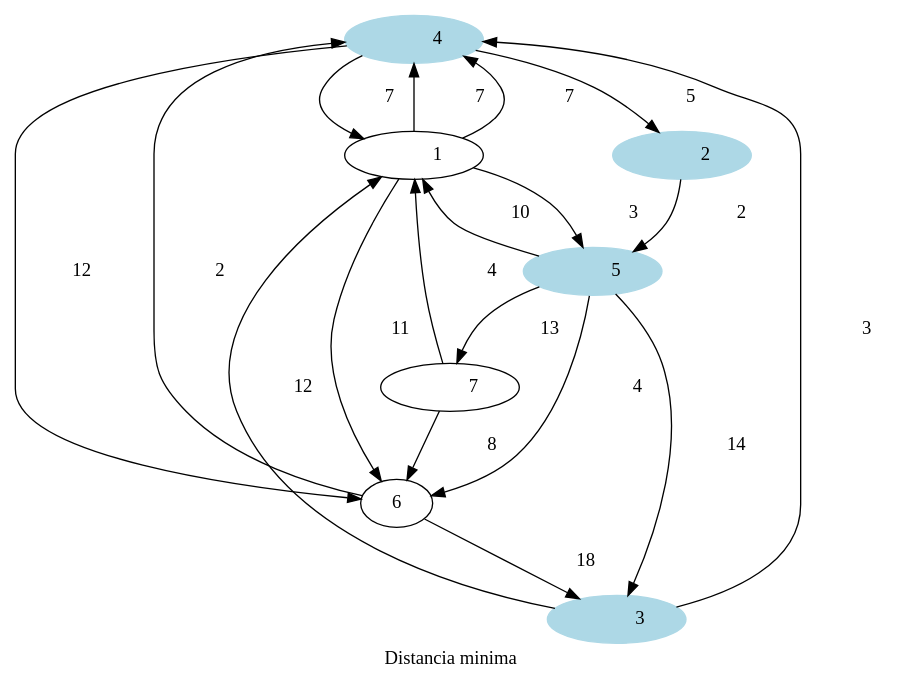
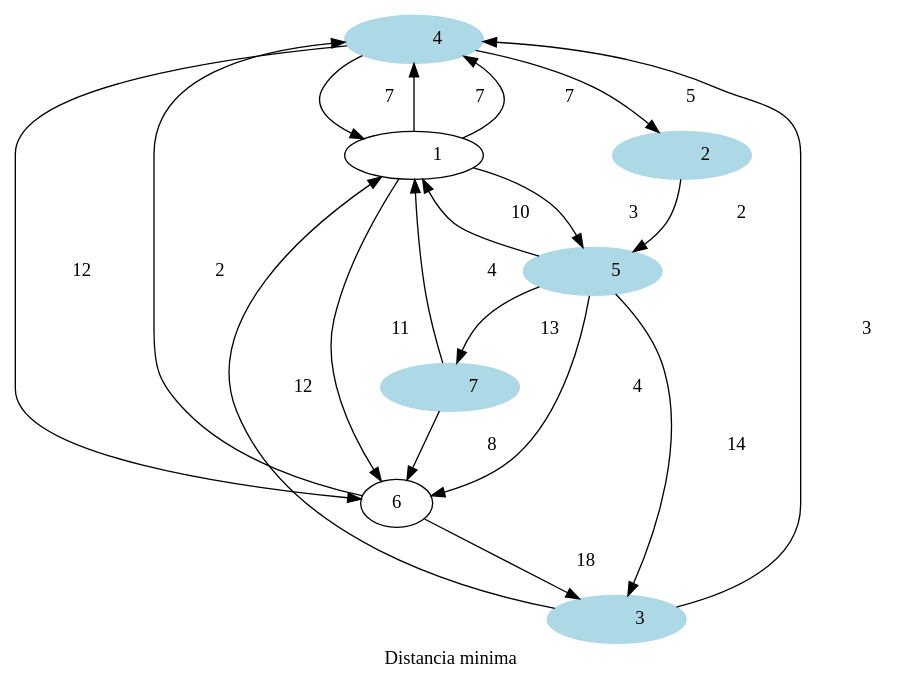
One commit to nxz7/EDD_PROYECTO-_202200007 changed the diagram in FASE3/distancia_min.dot. Above: the diagram before and after it, drawn with Graphviz. The commit also changed 11 other files, not shown here.

```diff
--- a/FASE3/distancia_min.dot
+++ b/FASE3/distancia_min.dot
@@ -1,33 +1,32 @@
  digraph G {
  label="Distancia minima"
            4 [label = "           4 ", style=filled, color = lightblue]
            5 [label = "           5 ", style=filled, color = lightblue]
            4 [label = "           4 ", style=filled, color = lightblue]
            1 [label = "           1 "]
            1  ->            4  [label = "           7 ", dir = normal];
            1  ->            5  [label = "           3 ", dir = normal];
            1  ->            4  [label = "           7 ", dir = normal];
            1  ->            6  [label = "          11 ", dir = normal];
            2 [label = "           2 ", style=filled, color = lightblue]
            2  ->            5  [label = "           2 ", dir = normal];
            3 [label = "           3 ", style=filled, color = lightblue]
            3  ->            1  [label = "          12 ", dir = normal];
            3  ->            4  [label = "           3 ", dir = normal];
            4 [label = "           4 ", style=filled, color = lightblue]
            4  ->            2  [label = "           5 ", dir = normal];
            4  ->            6  [label = "          12 ", dir = normal];
            4  ->            1  [label = "           7 ", dir = normal];
            5 [label = "           5 ", style=filled, color = lightblue]
            5  ->            3  [label = "          14 ", dir = normal];
            5  ->            1  [label = "          10 ", dir = normal];
            5  ->            7  [label = "          13 ", dir = normal];
            5  ->            6  [label = "           4 ", dir = normal];
            4 [label = "           4 ", style=filled, color = lightblue]
            3 [label = "           3 ", style=filled, color = lightblue]
            6  ->            4  [label = "           2 ", dir = normal];
            6  ->            3  [label = "          18 ", dir = normal];
-           7 [label = "           7 "]
-           7 [label = "           7 "]
+           7 [label = "           7 ", style=filled, color = lightblue]
            7  ->            1  [label = "           4 ", dir = normal];
            7  ->            6  [label = "           8 ", dir = normal];
  }
```
